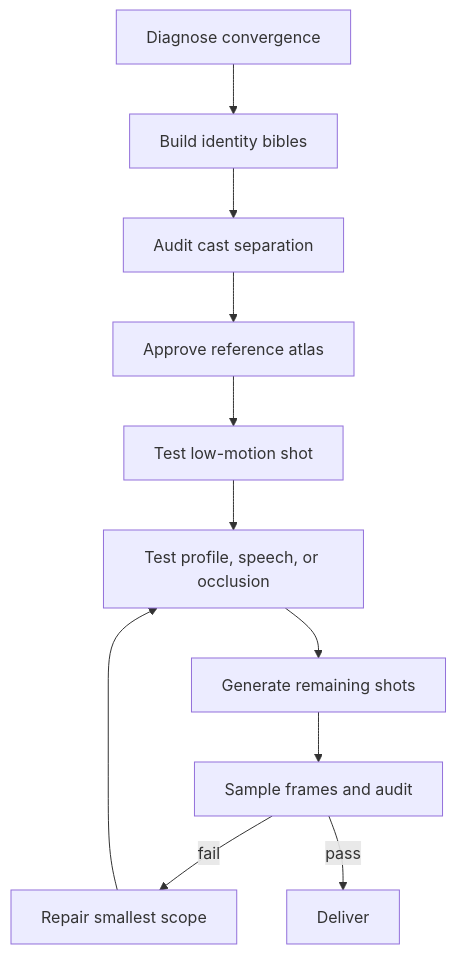
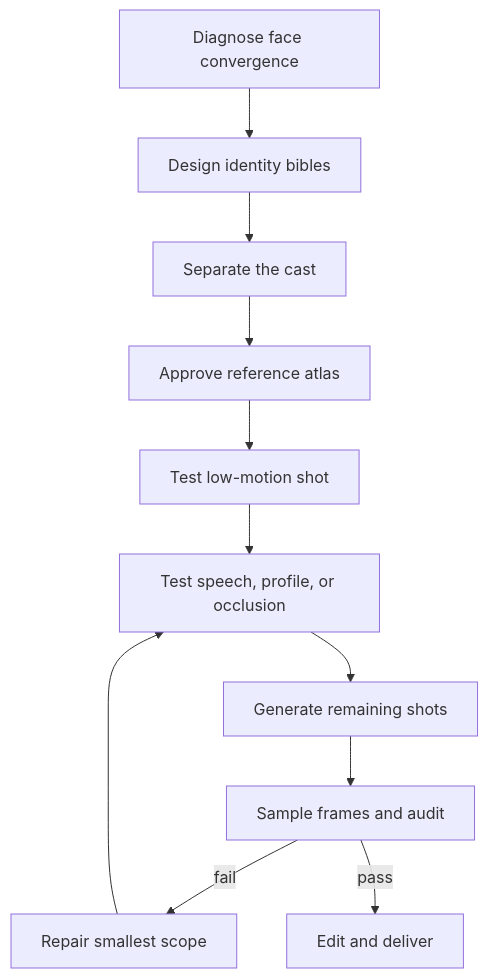
The diagram in README.md (hongzuoj-pixel/distinct-video-faces), drawn with Mermaid before and after one commit. The commit also changed other lines of this file, not shown here.

````diff
--- a/README.md
+++ b/README.md
@@ -63,13 +115,13 @@
 ```mermaid
 flowchart TD
-    A[Diagnose convergence] --> B[Build identity bibles]
-    B --> C[Audit cast separation]
+    A[Diagnose face convergence] --> B[Design identity bibles]
+    B --> C[Separate the cast]
     C --> D[Approve reference atlas]
     D --> E[Test low-motion shot]
-    E --> F[Test profile, speech, or occlusion]
+    E --> F[Test speech, profile, or occlusion]
     F --> G[Generate remaining shots]
     G --> H[Sample frames and audit]
     H -->|fail| I[Repair smallest scope]
     I --> F
-    H -->|pass| J[Deliver]
+    H -->|pass| J[Edit and deliver]
 ```
````
